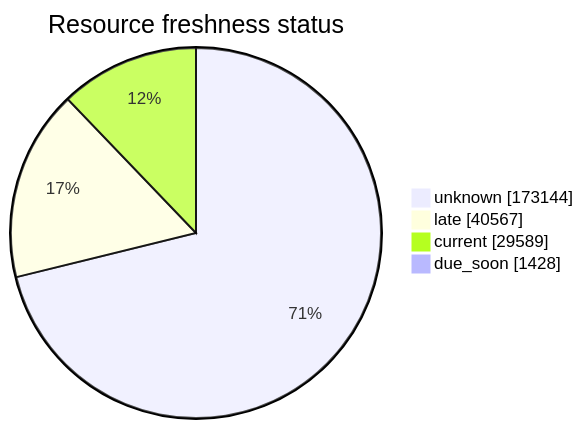
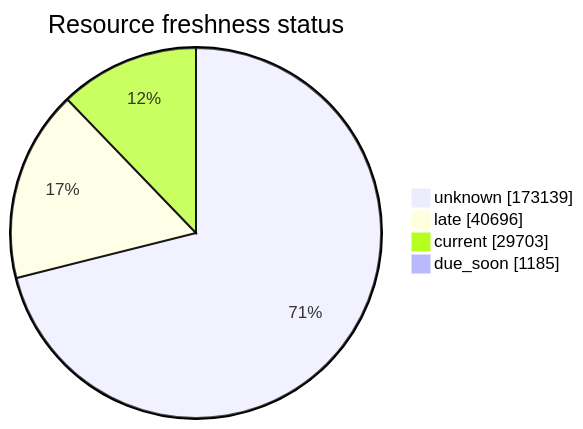
One commit to open-data/analytics-corporate-reporting changed the third of 5 diagrams in FreshCheck/README.md. Above: the diagram before and after it, drawn with Mermaid. The commit also changed other lines of this file and 3 other files, not shown here.

````diff
--- a/FreshCheck/README.md
+++ b/FreshCheck/README.md
@@ -77,7 +77,7 @@
 ```mermaid
 pie showData title Resource freshness status
-    "unknown": 173144
-    "late": 40567
-    "current": 29589
-    "due_soon": 1428
+    "unknown": 173139
+    "late": 40696
+    "current": 29703
+    "due_soon": 1185
 ```
````
